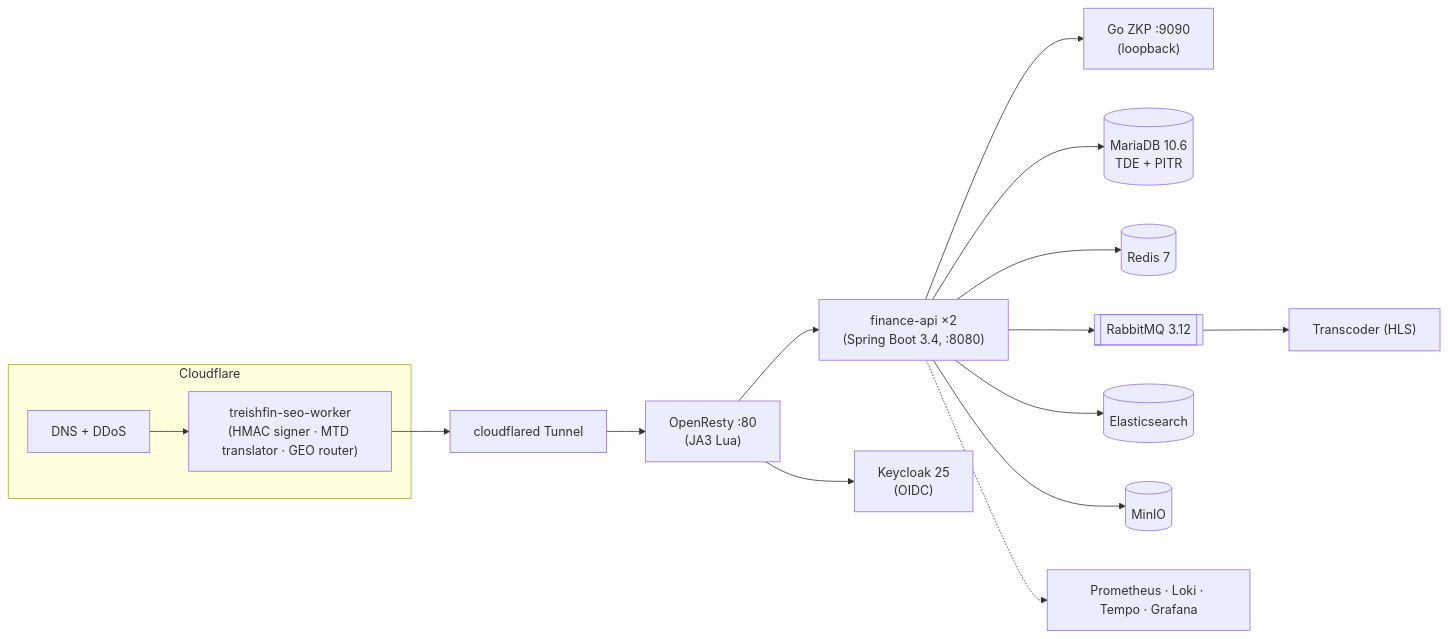
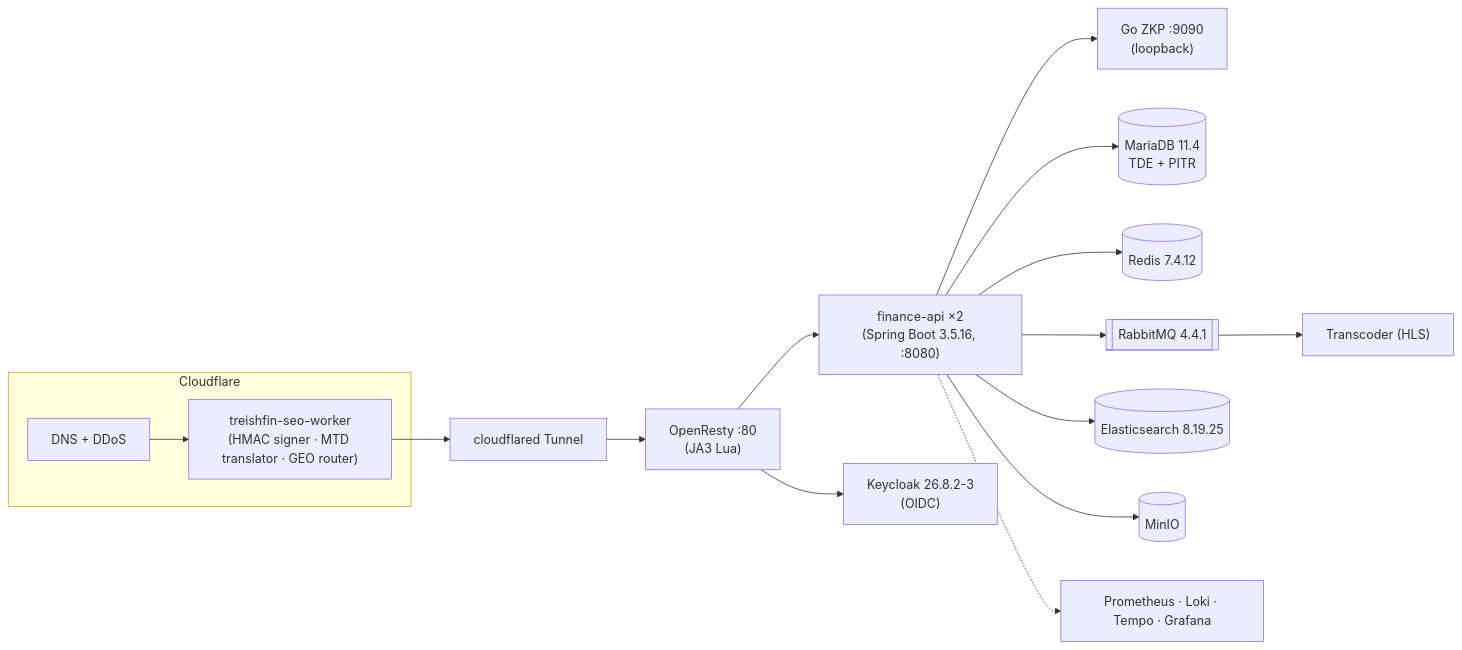
One commit to callitask/finance-api changed the diagram in README.md. Above: the diagram before and after it, drawn with Mermaid. The commit also changed other lines of this file and 16 other files, not shown here.

````diff
--- a/README.md
+++ b/README.md
@@ -48,13 +48,13 @@
 ```mermaid
 flowchart LR
     subgraph Edge["Cloudflare"]
         DNS["DNS + DDoS"] --> WRK["treishfin-seo-worker<br/>(HMAC signer · MTD translator · GEO router)"]
     end
     WRK --> TUN["cloudflared Tunnel"] --> NGX["OpenResty :80<br/>(JA3 Lua)"]
-    NGX --> BE["finance-api ×2<br/>(Spring Boot 3.4, :8080)"]
-    NGX --> KC["Keycloak 25<br/>(OIDC)"]
+    NGX --> BE["finance-api ×2<br/>(Spring Boot 3.5.16, :8080)"]
+    NGX --> KC["Keycloak 26.8.2-3<br/>(OIDC)"]
     BE --> ZKP["Go ZKP :9090<br/>(loopback)"]
-    BE --> DB[("MariaDB 10.6<br/>TDE + PITR")] & RD[("Redis 7")] & MQ[["RabbitMQ 3.12"]] & ES[("Elasticsearch")] & S3[("MinIO")]
+    BE --> DB[("MariaDB 11.4<br/>TDE + PITR")] & RD[("Redis 7.4.12")] & MQ[["RabbitMQ 4.4.1"]] & ES[("Elasticsearch 8.19.25")] & S3[("MinIO")]
     MQ --> TR["Transcoder (HLS)"]
     BE -.-> OBS["Prometheus · Loki · Tempo · Grafana"]
 ```
````
